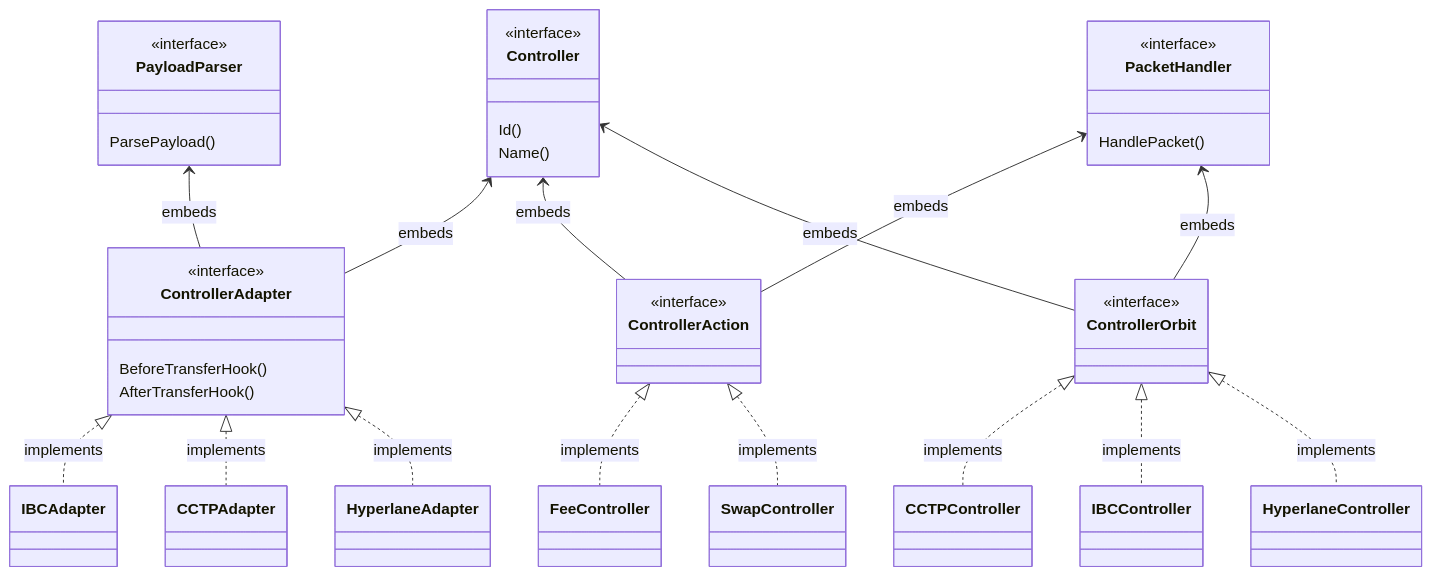
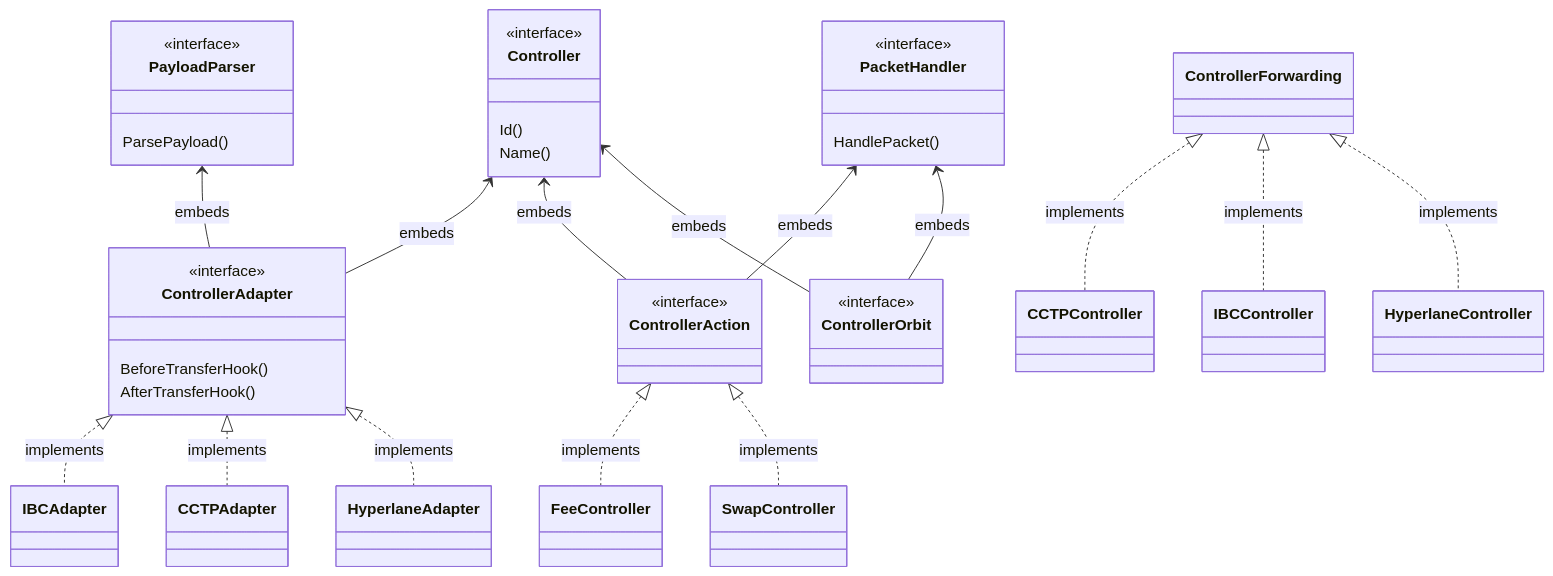
One commit to noble-assets/orbiter changed the fourth of 5 diagrams in ARCHITECTURE.md. Above: the diagram before and after it, drawn with Mermaid. The commit also changed other lines of this file and 1 other file, not shown here.

````diff
--- a/ARCHITECTURE.md
+++ b/ARCHITECTURE.md
@@ -466,53 +466,53 @@
 ```mermaid
 classDiagram
     class Controller {
         <<interface>>
         Id()
         Name()
     }
 
     class PayloadParser {
         <<interface>>
         ParsePayload()
     }
 
     class ControllerAdapter {
         <<interface>>
         BeforeTransferHook()
         AfterTransferHook()
     }
 
     Controller <-- ControllerAdapter : embeds
     PayloadParser <-- ControllerAdapter : embeds
 
     ControllerAdapter <|.. IBCAdapter : implements
     ControllerAdapter <|.. CCTPAdapter : implements
     ControllerAdapter <|.. HyperlaneAdapter : implements
 
     class PacketHandler {
         <<interface>>
         HandlePacket()
     }
 
     class ControllerAction {
         <<interface>>
     }
 
     class ControllerOrbit {
         <<interface>>
     }
 
     Controller <-- ControllerAction : embeds
     PacketHandler <-- ControllerAction : embeds
 
     Controller <-- ControllerOrbit : embeds
     PacketHandler <-- ControllerOrbit : embeds
 
     ControllerAction <|.. FeeController : implements
     ControllerAction <|.. SwapController : implements
 
 
-    ControllerOrbit <|.. CCTPController : implements
-    ControllerOrbit <|.. IBCController : implements
-    ControllerOrbit <|.. HyperlaneController : implements
+    ControllerForwarding <|.. CCTPController : implements
+    ControllerForwarding <|.. IBCController : implements
+    ControllerForwarding <|.. HyperlaneController : implements
 ```
````
